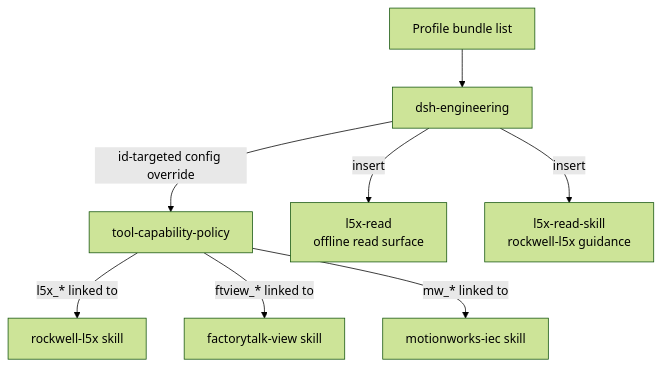
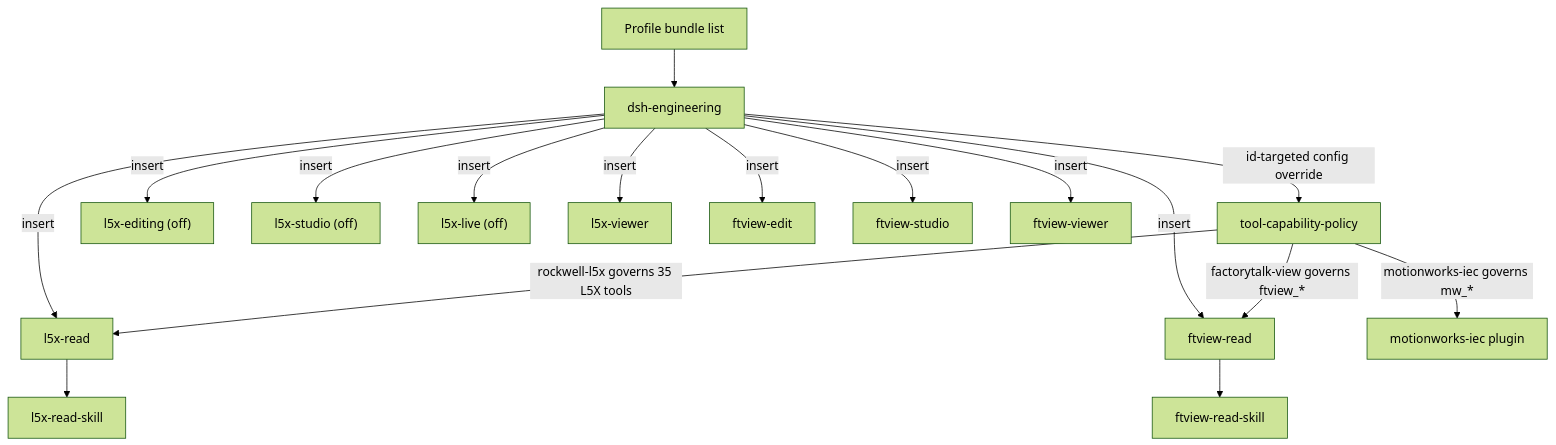
One commit to KonnectSuite/dsh-engineering changed the diagram in README.md. Above: the diagram before and after it, drawn with Mermaid (forest theme). The commit also changed other lines of this file and 18 other files, not shown here.

````diff
--- a/README.md
+++ b/README.md
@@ -21,10 +60,19 @@
 ```mermaid
 flowchart TB
   Profile["Profile bundle list"] --> Bundle["dsh-engineering"]
   Bundle -->|"id-targeted config override"| Policy["tool-capability-policy"]
-  Bundle -->|"insert"| Read["l5x-read<br/>offline read surface"]
-  Bundle -->|"insert"| Skill["l5x-read-skill<br/>rockwell-l5x guidance"]
-  Policy -->|"l5x_* linked to"| L5X["rockwell-l5x skill"]
-  Policy -->|"ftview_* linked to"| FTV["factorytalk-view skill"]
-  Policy -->|"mw_* linked to"| MWI["motionworks-iec skill"]
+  Bundle -->|insert| L5XRead["l5x-read"]
+  L5XRead --> L5XSkill["l5x-read-skill"]
+  Bundle -->|insert| L5XEdit["l5x-editing (off)"]
+  Bundle -->|insert| L5XStudio["l5x-studio (off)"]
+  Bundle -->|insert| L5XLive["l5x-live (off)"]
+  Bundle -->|insert| L5XViewer["l5x-viewer"]
+  Bundle -->|insert| FTVRead["ftview-read"]
+  FTVRead --> FTVSkill["ftview-read-skill"]
+  Bundle -->|insert| FTVEdit["ftview-edit"]
+  Bundle -->|insert| FTVStudio["ftview-studio"]
+  Bundle -->|insert| FTVViewer["ftview-viewer"]
+  Policy -->|"rockwell-l5x governs 35 L5X tools"| L5XRead
+  Policy -->|"factorytalk-view governs ftview_*"| FTVRead
+  Policy -->|"motionworks-iec governs mw_*"| MW["motionworks-iec plugin"]
 ```
````
